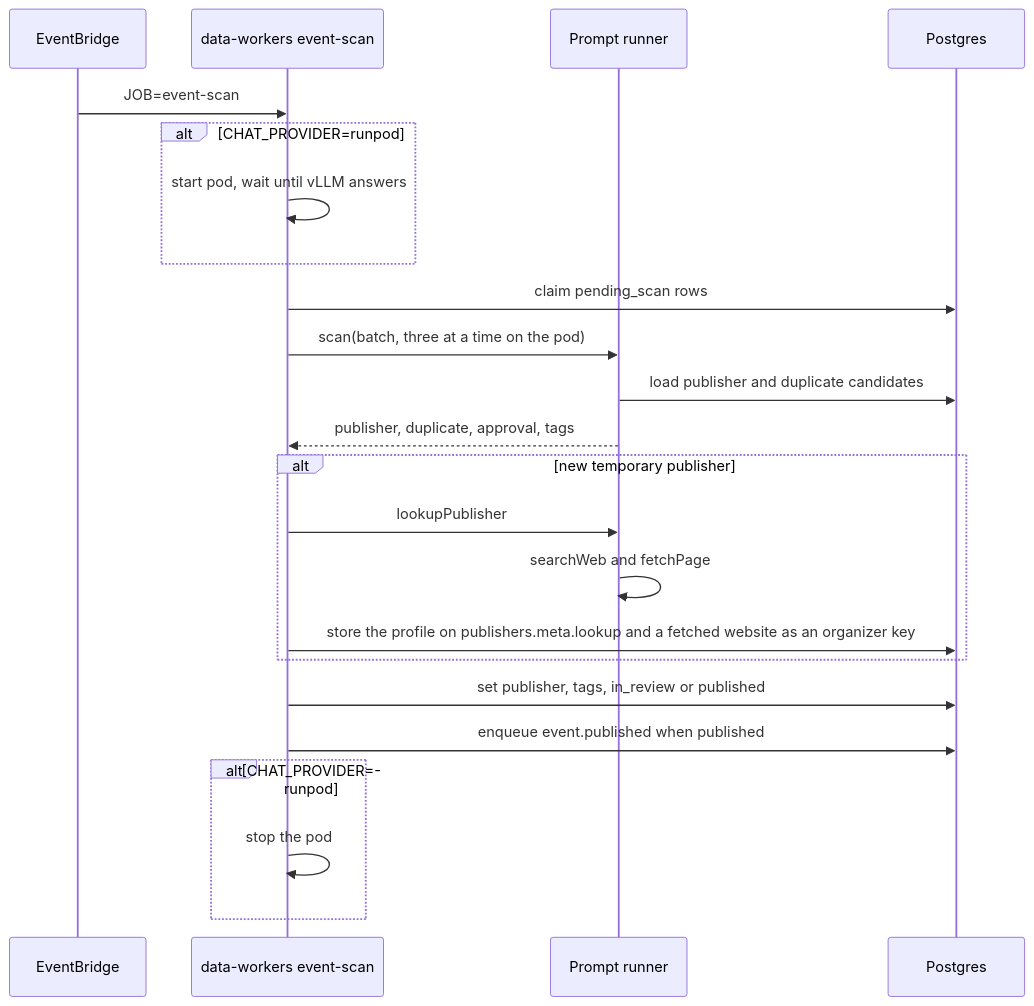
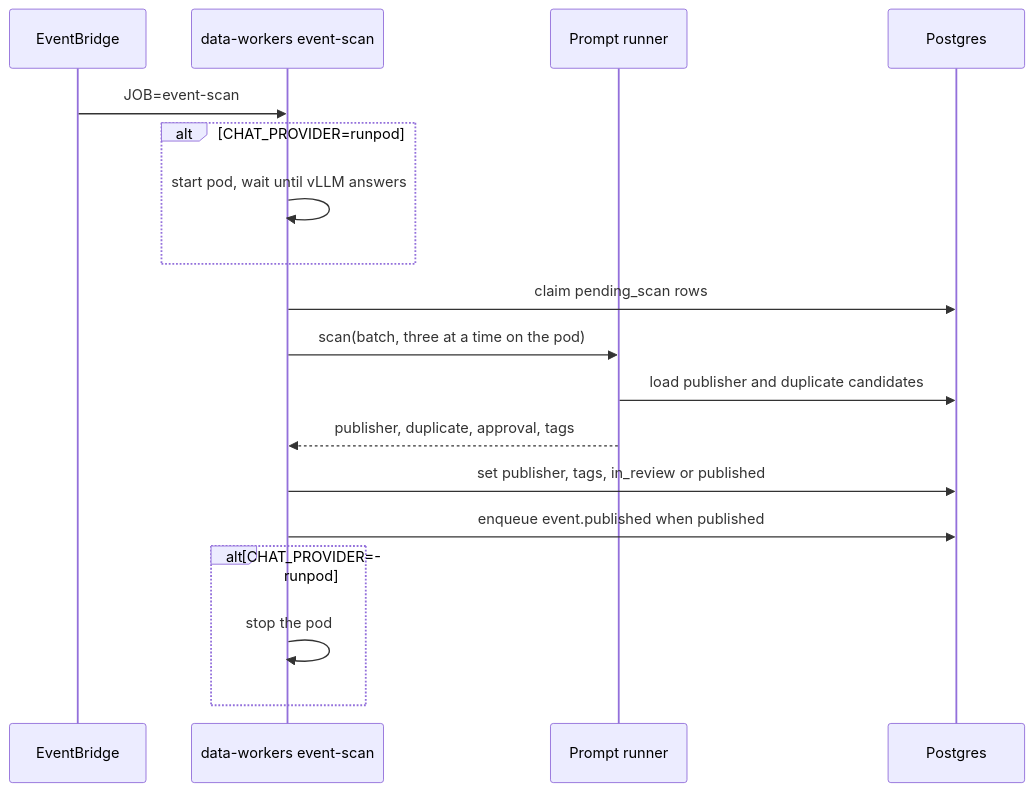
Before and after one commit to BradleySmallbottoms/evently: the diagram in docs/flows/event-scan.md, drawn with Mermaid. The commit also changed other lines of this file and 71 other files, not shown here.

````diff
--- a/docs/flows/event-scan.md
+++ b/docs/flows/event-scan.md
@@ -61,26 +58,21 @@
 ```mermaid
 sequenceDiagram
   participant Scheduler as EventBridge
   participant Job as data-workers event-scan
   participant Runner as Prompt runner
   participant DB as Postgres
 
   Scheduler->>Job: JOB=event-scan
   alt CHAT_PROVIDER=runpod
     Job->>Job: start pod, wait until vLLM answers
   end
   Job->>DB: claim pending_scan rows
   Job->>Runner: scan(batch, three at a time on the pod)
   Runner->>DB: load publisher and duplicate candidates
   Runner-->>Job: publisher, duplicate, approval, tags
-  alt new temporary publisher
-    Job->>Runner: lookupPublisher
-    Runner->>Runner: searchWeb and fetchPage
-    Job->>DB: store the profile on publishers.meta.lookup and a fetched website as an organizer key
-  end
   Job->>DB: set publisher, tags, in_review or published
   Job->>DB: enqueue event.published when published
   alt CHAT_PROVIDER=runpod
     Job->>Job: stop the pod
   end
 ```
````
